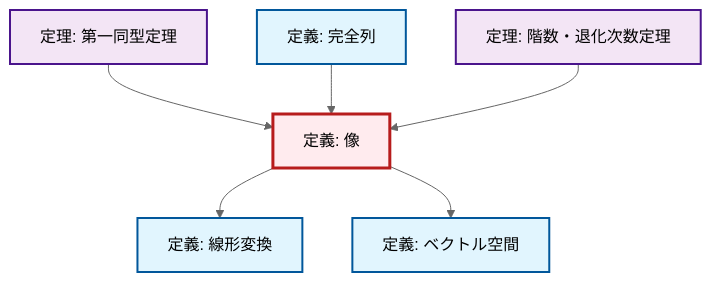
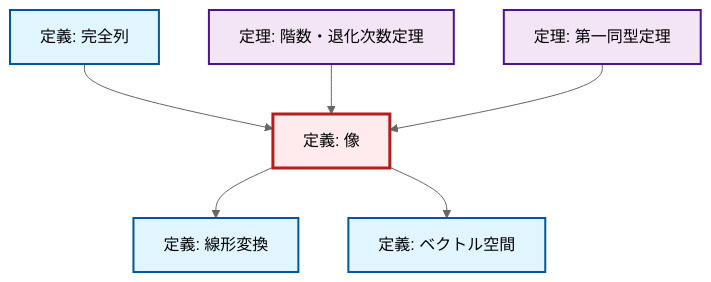
The diagram in content/ja/algebra/def-image.qmd (RK0429/ModernMath), drawn with Mermaid (neutral theme) before and after one commit. The commit also changed other lines of this file and 1012 other files, not shown here.

````diff
--- a/content/ja/algebra/def-image.qmd
+++ b/content/ja/algebra/def-image.qmd
@@ -55,26 +55,26 @@
 ```{mermaid}
 %%| fig-cap: "Local dependency graph"
 graph TD
     classDef definition fill:#e1f5fe,stroke:#01579b,stroke-width:2px
     classDef theorem fill:#f3e5f5,stroke:#4a148c,stroke-width:2px
     classDef axiom fill:#fff3e0,stroke:#e65100,stroke-width:2px
     classDef example fill:#e8f5e9,stroke:#1b5e20,stroke-width:2px
     classDef current fill:#ffebee,stroke:#b71c1c,stroke-width:3px
+    def-vector-space["定義: ベクトル空間"]:::definition
+    def-linear-transformation["定義: 線形変換"]:::definition
+    thm-rank-nullity["定理: 階数・退化次数定理"]:::theorem
     def-image["定義: 像"]:::definition
-    def-linear-transformation["定義: 線形変換"]:::definition
-    def-vector-space["定義: ベクトル空間"]:::definition
     def-exact-sequence["定義: 完全列"]:::definition
     thm-first-isomorphism["定理: 第一同型定理"]:::theorem
-    thm-rank-nullity["定理: 階数・退化次数定理"]:::theorem
     def-image --> def-linear-transformation
+    def-exact-sequence --> def-image
     def-image --> def-vector-space
+    thm-rank-nullity --> def-image
     thm-first-isomorphism --> def-image
-    def-exact-sequence --> def-image
-    thm-rank-nullity --> def-image
     class def-image current
+    click def-vector-space "def-vector-space.html" "ベクトル空間の定義へ"
     click def-linear-transformation "def-linear-transformation.html" "線形変換の定義へ"
-    click def-vector-space "def-vector-space.html" "ベクトル空間の定義へ"
+    click thm-rank-nullity "thm-rank-nullity.html" "階数・退化次数定理の定理へ"
     click def-exact-sequence "def-exact-sequence.html" "完全列の定義へ"
     click thm-first-isomorphism "thm-first-isomorphism.html" "第一同型定理の定理へ"
-    click thm-rank-nullity "thm-rank-nullity.html" "階数・退化次数定理の定理へ"
 ```
````
